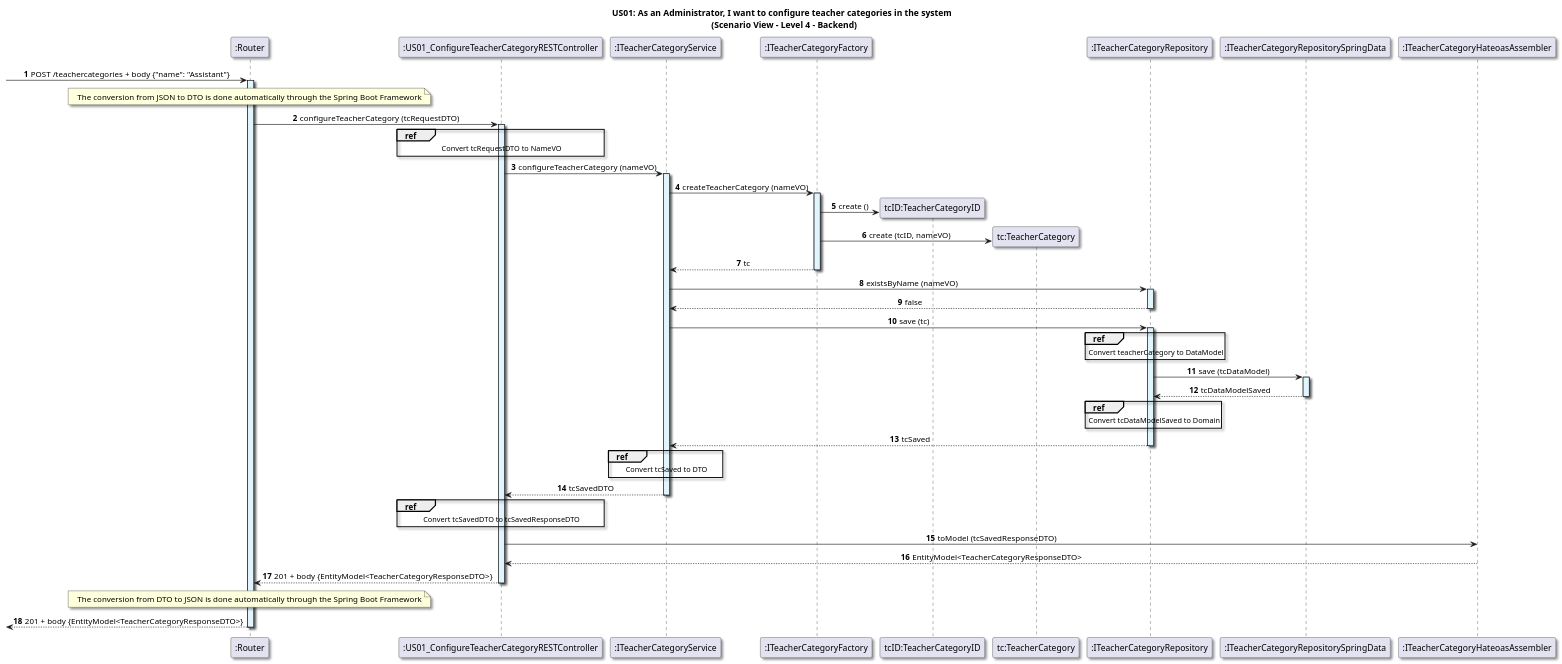
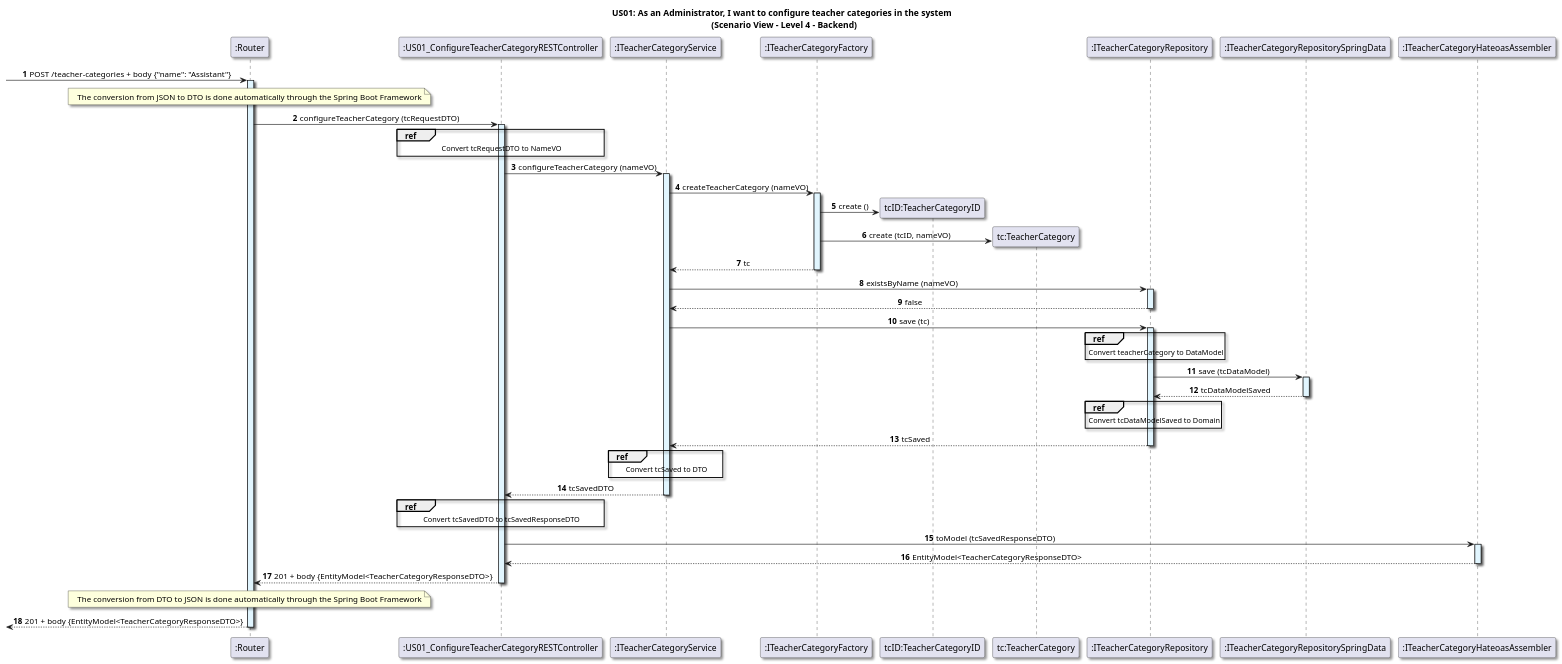
Before and after one commit to GasparISEP/DevOps-PAI: the diagram in docs/US01/Sprint6_RestAPI/ScenarioView/Level4.puml, drawn with PlantUML. The commit also changed 3 other files, not shown here.

Commit message:
refactor(diagrams): update architectural diagrams for configureTeacherCategory to reflect endpoint and HATEOAS changes #675 #713

```diff
--- a/docs/US01/Sprint6_RestAPI/ScenarioView/Level4.puml
+++ b/docs/US01/Sprint6_RestAPI/ScenarioView/Level4.puml
@@ -1,90 +1,93 @@
 @startuml
 
 title US01: As an Administrator, I want to configure teacher categories in the system \n (Scenario View - Level 4 - Backend)
 
 skinparam defaultTextAlignment center
 skinparam shadowing true
 
 autonumber
 
 participant ":Router" as router
--> router: POST /teachercategories + body {"name": "Assistant"}
+-> router: POST /teacher-categories + body {"name": "Assistant"}
 activate router #E1F5FE
 
 note over router: The conversion from JSON to DTO is done automatically through the Spring Boot Framework
 
 participant ":US01_ConfigureTeacherCategoryRESTController" as Controller
 router -> Controller: configureTeacherCategory (tcRequestDTO)
 activate Controller #E1F5FE
 
 ref over Controller
     Convert tcRequestDTO to NameVO
 end
 
 participant ":ITeacherCategoryService" as service
 Controller -> service: configureTeacherCategory (nameVO)
 activate service #E1F5FE
 
 participant ":ITeacherCategoryFactory" as Factory
 service -> Factory: createTeacherCategory (nameVO)
 activate Factory #E1F5FE
 
 create "tcID:TeacherCategoryID"
 Factory -> "tcID:TeacherCategoryID": create ()
 
 create "tc:TeacherCategory"
 Factory -> "tc:TeacherCategory": create (tcID, nameVO)
 
 Factory --> service: tc
 deactivate Factory
 
 participant ":ITeacherCategoryRepository" as Repository
 service -> Repository: existsByName (nameVO)
 activate Repository #E1F5FE
 Repository --> service: false
 deactivate Repository
 
 service -> Repository: save (tc)
 activate Repository #E1F5FE
 
 ref over Repository
     Convert teacherCategory to DataModel
 end
 
 participant ":ITeacherCategoryRepositorySpringData" as springDataRepository
 Repository -> springDataRepository: save (tcDataModel)
 activate springDataRepository #E1F5FE
 springDataRepository --> Repository : tcDataModelSaved
 deactivate springDataRepository
 
 ref over Repository
     Convert tcDataModelSaved to Domain
 end
 
 Repository --> service: tcSaved
 deactivate Repository
 
 ref over service
     Convert tcSaved to DTO
 end
 
 service --> Controller: tcSavedDTO
 deactivate service
 
 ref over Controller
     Convert tcSavedDTO to tcSavedResponseDTO
 end
 
 participant ":ITeacherCategoryHateoasAssembler" as hateoasAssembler
 Controller -> hateoasAssembler: toModel (tcSavedResponseDTO)
+activate hateoasAssembler #E1F5FE
+
 hateoasAssembler --> Controller: EntityModel<TeacherCategoryResponseDTO>
+deactivate hateoasAssembler
 
 Controller --> router: 201 + body {EntityModel<TeacherCategoryResponseDTO>}
 deactivate Controller
 
 note over router: The conversion from DTO to JSON is done automatically through the Spring Boot Framework
 
 <-- router: 201 + body {EntityModel<TeacherCategoryResponseDTO>}
 deactivate router
 
 @enduml
```
